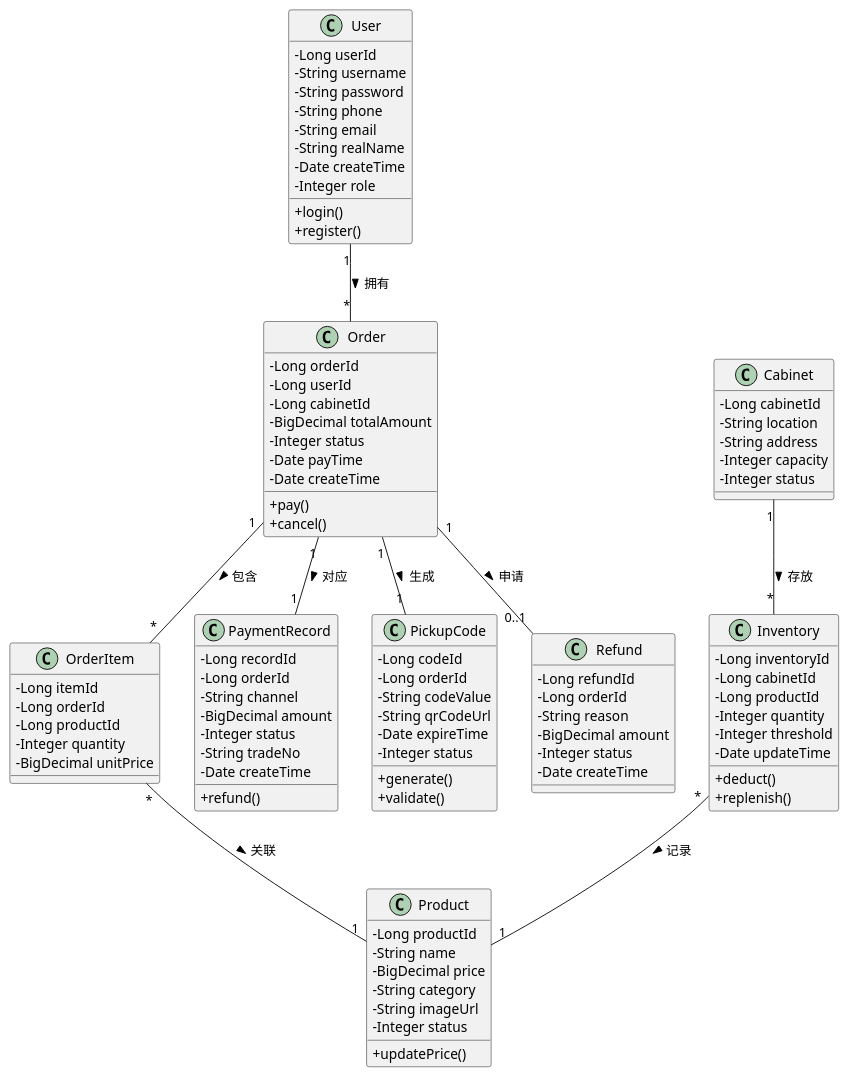
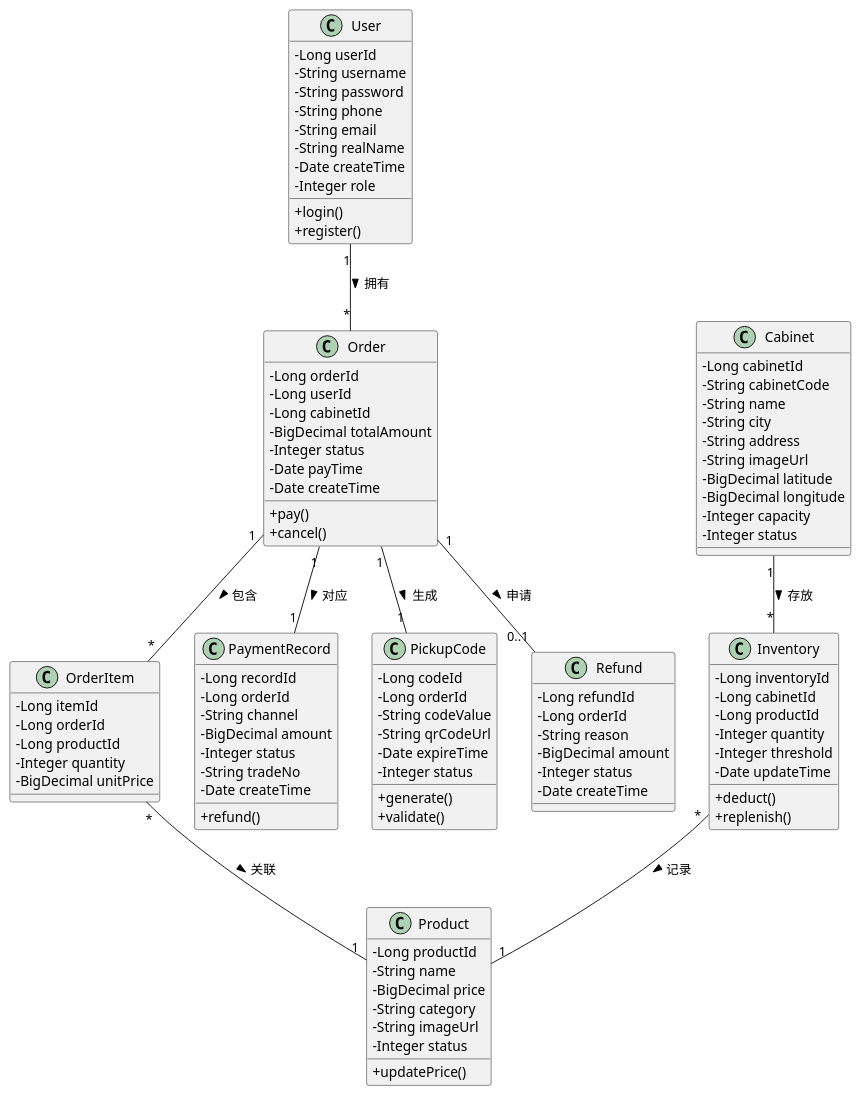
Before and after one commit to kaiyixing/Unmanned-vending-system: the third of 5 diagrams in 无人售货系统-完整报告.md, drawn with PlantUML. The commit also changed other lines of this file and 25 other files, not shown here.

```diff
--- a/无人售货系统-完整报告.md
+++ b/无人售货系统-完整报告.md
@@ -692,8 +695,13 @@
 
 class Cabinet {
   - Long cabinetId
-  - String location
+  - String cabinetCode
+  - String name
+  - String city
   - String address
+  - String imageUrl
+  - BigDecimal latitude
+  - BigDecimal longitude
   - Integer capacity
   - Integer status
 }
```
